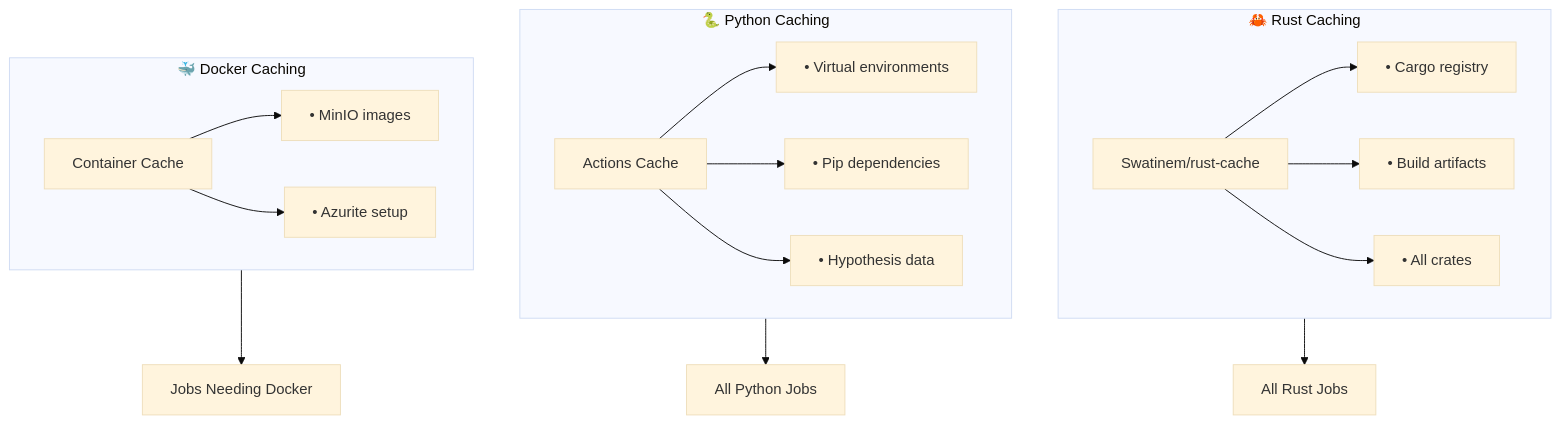
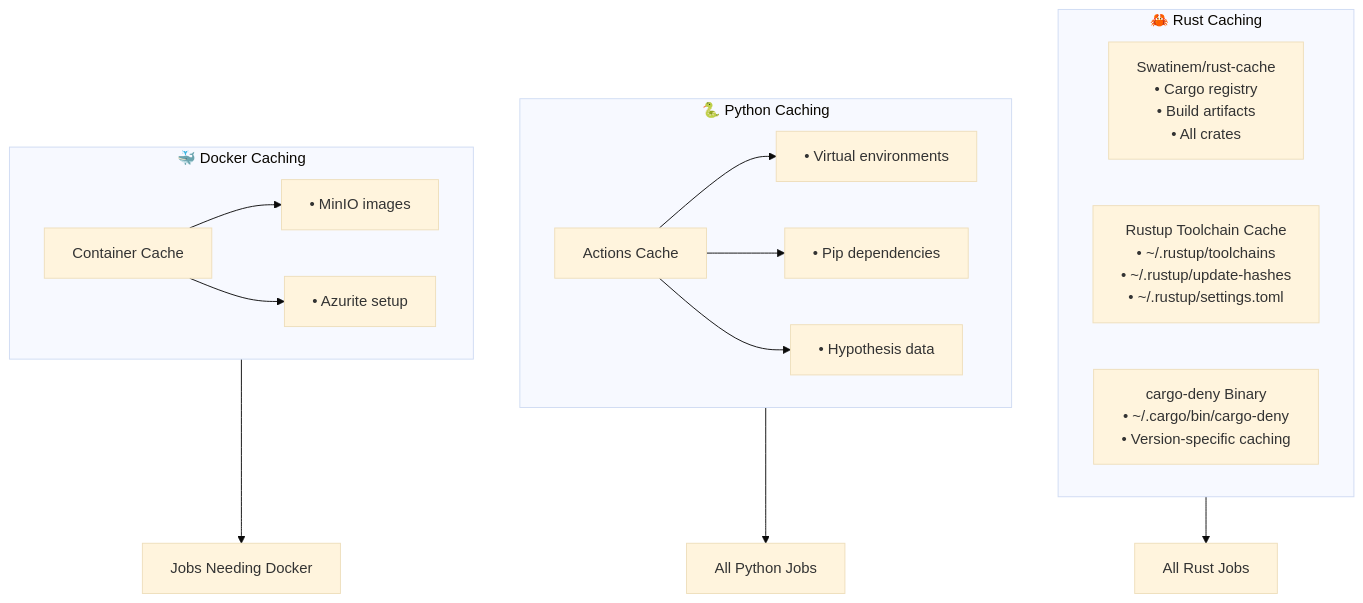
Before and after one commit to earth-mover/icechunk: the fourth of 5 diagrams in docs/docs/ci-infrastructure.md, drawn with Mermaid (base theme). The commit also changed other lines of this file and 5 other files, not shown here.

First line of the commit message:
Fix Swatinem/rust-cache misses with explicit cache keys

````diff
--- a/docs/docs/ci-infrastructure.md
+++ b/docs/docs/ci-infrastructure.md
@@ -151,34 +151,30 @@
 ```mermaid
 graph TB
     subgraph RUST_CACHE["🦀 Rust Caching"]
-        RC1["Swatinem/rust-cache"]
-        RC2["• Cargo registry"]
-        RC3["• Build artifacts"]
-        RC4["• All crates"]
-        RC1 --> RC2
-        RC1 --> RC3
-        RC1 --> RC4
+        RC1["Swatinem/rust-cache<br/>• Cargo registry<br/>• Build artifacts<br/>• All crates"]
+        RC2["Rustup Toolchain Cache<br/>• ~/.rustup/toolchains<br/>• ~/.rustup/update-hashes<br/>• ~/.rustup/settings.toml"]
+        RC3["cargo-deny Binary<br/>• ~/.cargo/bin/cargo-deny<br/>• Version-specific caching"]
     end
 
     subgraph PY_CACHE["🐍 Python Caching"]
         PC1["Actions Cache"]
         PC2["• Virtual environments"]
         PC3["• Pip dependencies"]
         PC4["• Hypothesis data"]
         PC1 --> PC2
         PC1 --> PC3
         PC1 --> PC4
     end
 
     subgraph DOCKER_CACHE["🐳 Docker Caching"]
         DC1["Container Cache"]
         DC2["• MinIO images"]
         DC3["• Azurite setup"]
         DC1 --> DC2
         DC1 --> DC3
     end
 
     RUST_CACHE --> RUST_WORKFLOWS["All Rust Jobs"]
     PY_CACHE --> PY_WORKFLOWS["All Python Jobs"]
     DOCKER_CACHE --> ALL_WORKFLOWS["Jobs Needing Docker"]
 ```
````
